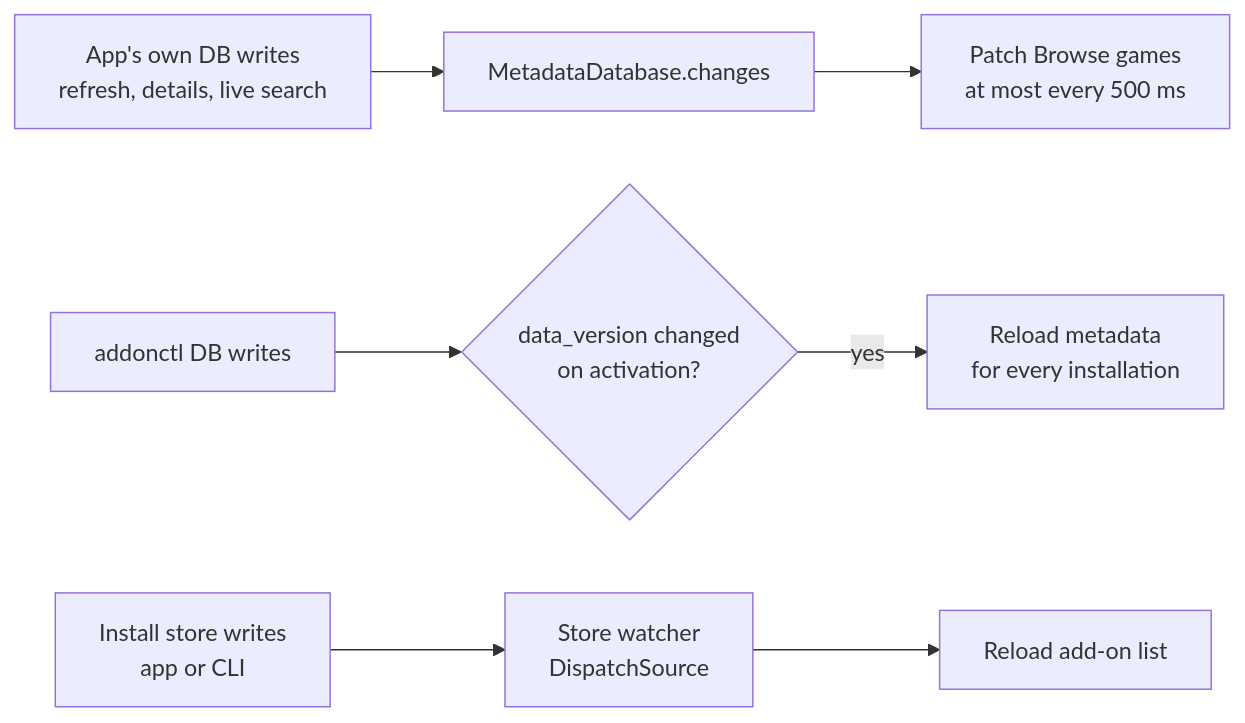
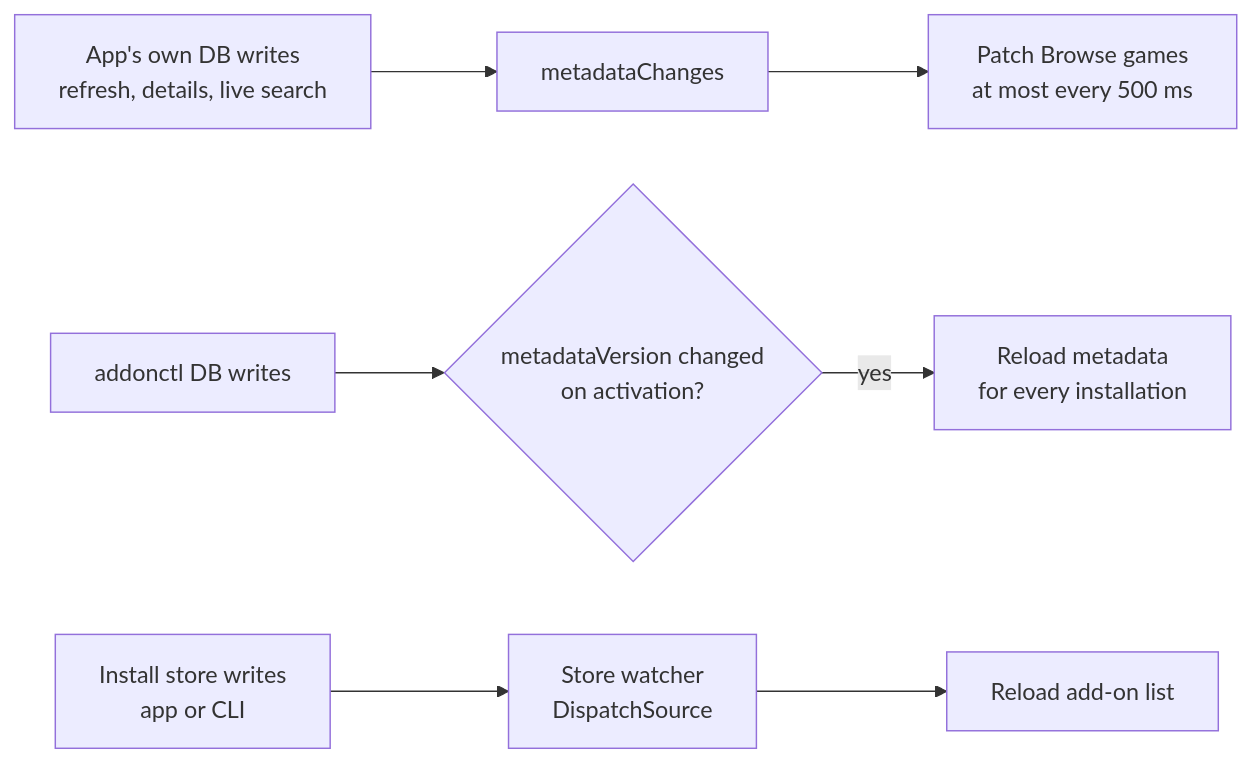
The diagram in docs/app/live-data.md (miotke/reload), drawn with Mermaid before and after one commit. The commit also changed other lines of this file and 30 other files, not shown here.

````diff
--- a/docs/app/live-data.md
+++ b/docs/app/live-data.md
@@ -9,9 +9,9 @@
 ```mermaid
 flowchart LR
-    W1[App's own DB writes<br/>refresh, details, live search] --> CH[MetadataDatabase.changes]
+    W1[App's own DB writes<br/>refresh, details, live search] --> CH[metadataChanges]
     CH --> P[Patch Browse games<br/>at most every 500 ms]
-    W2[addonctl DB writes] --> DV{data_version changed<br/>on activation?}
+    W2[addonctl DB writes] --> DV{metadataVersion changed<br/>on activation?}
     DV -- yes --> RM[Reload metadata<br/>for every installation]
     W3[Install store writes<br/>app or CLI] --> SW[Store watcher<br/>DispatchSource]
     SW --> RA[Reload add-on list]
 ```
````
